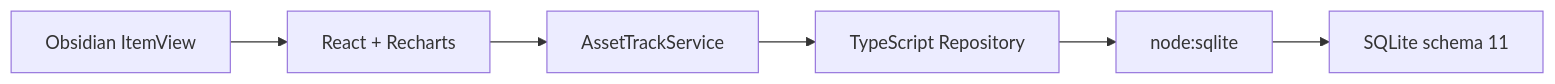
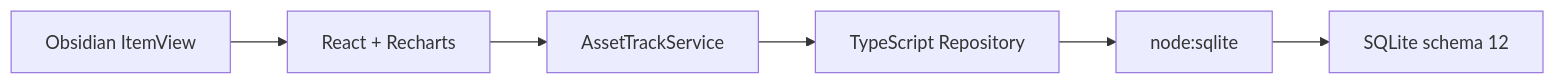
The diagram in docs/04-architecture.md (ApoclyReol/AssetTrack-Obsidian), drawn with Mermaid before and after one commit. The commit also changed other lines of this file and 98 other files, not shown here.

````diff
--- a/docs/04-architecture.md
+++ b/docs/04-architecture.md
@@ -20,8 +20,8 @@
 ```mermaid
 flowchart LR
     A["Obsidian ItemView"] --> B["React + Recharts"]
     B --> C["AssetTrackService"]
     C --> D["TypeScript Repository"]
     D --> E["node:sqlite"]
-    E --> F["SQLite schema 11"]
+    E --> F["SQLite schema 12"]
 ```
````
